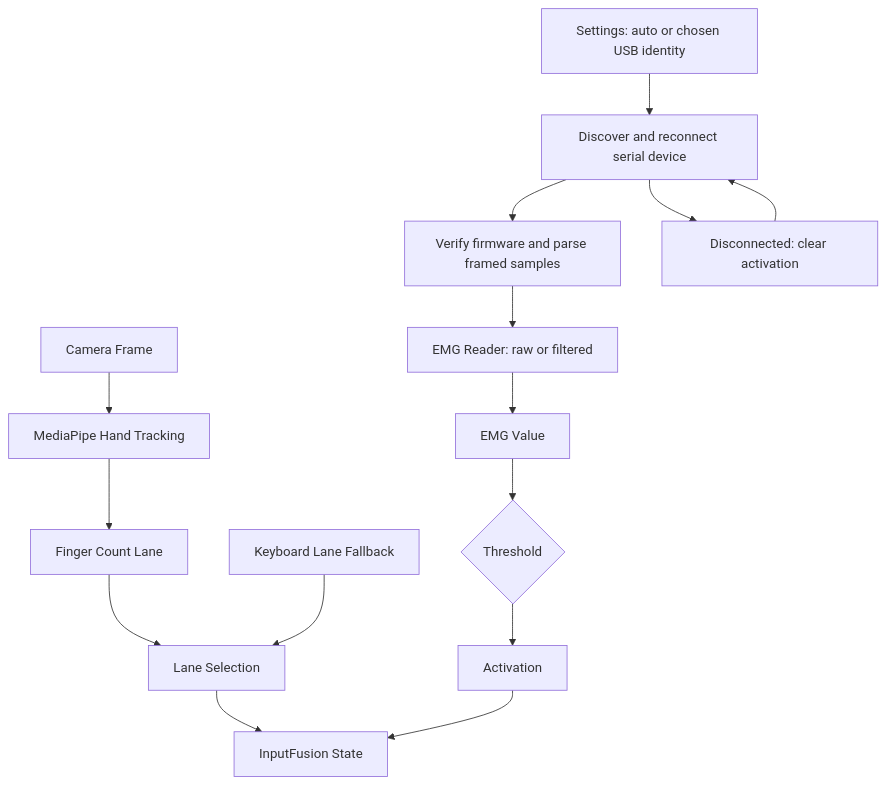
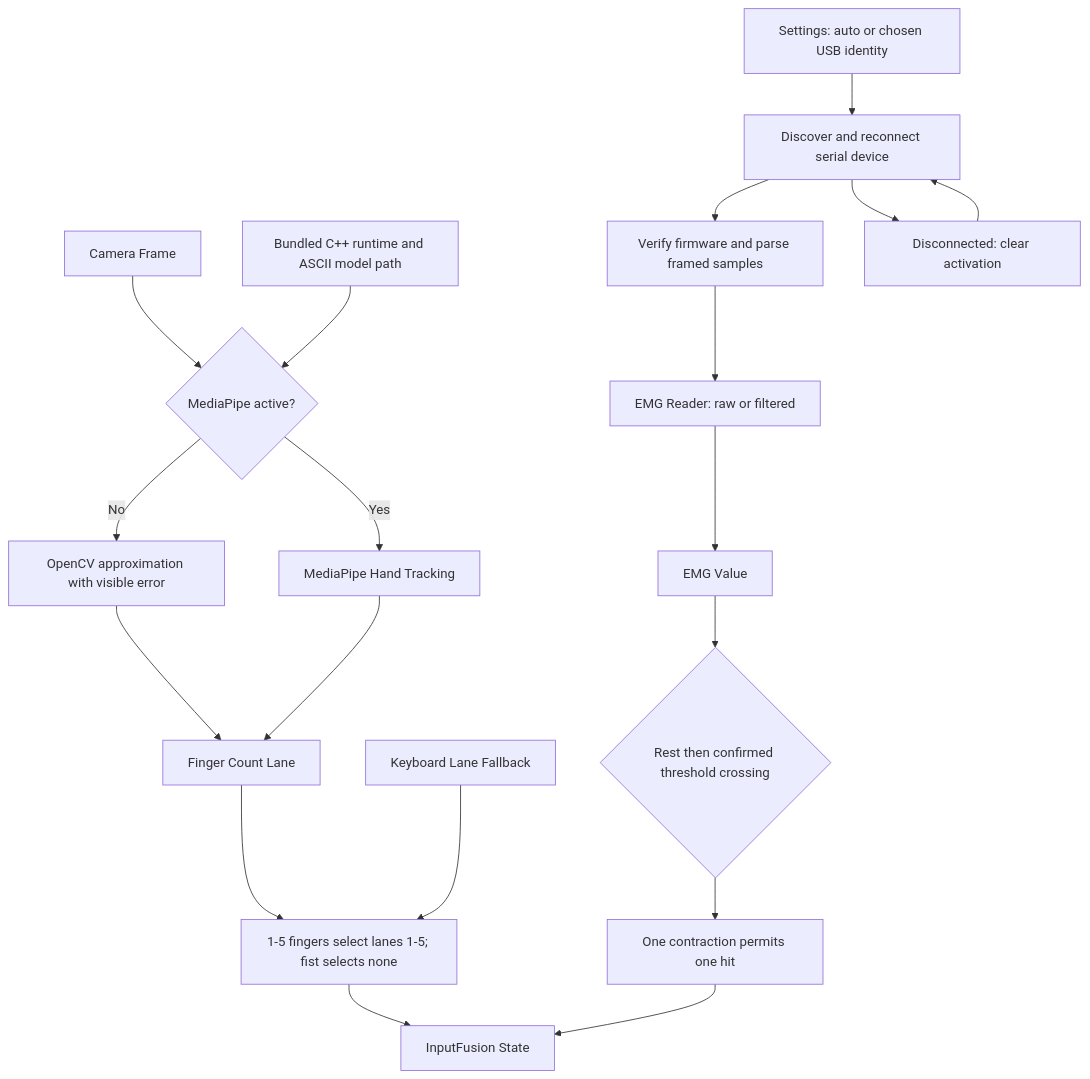
Before and after one commit to didtjr5080/Rythm-Game: the diagram in diagrams/input-flow.md, drawn with Mermaid. The commit also changed 27 other files, not shown here.

Commit message:
Fix phantom EMG hits and add five finger-count lanes with portable MediaPipe runtime

````diff
--- a/diagrams/input-flow.md
+++ b/diagrams/input-flow.md
@@ -3,17 +3,21 @@
 ```mermaid
 graph TD
-    A[Camera Frame] --> B[MediaPipe Hand Tracking]
+    A[Camera Frame] --> M{MediaPipe active?}
+    RUNTIME[Bundled C++ runtime and ASCII model path] --> M
+    M -- Yes --> B[MediaPipe Hand Tracking]
+    M -- No --> FALLBACK[OpenCV approximation with visible error]
+    FALLBACK --> C
     B --> C[Finger Count Lane]
-    C --> D[Lane Selection]
+    C --> D[1-5 fingers select lanes 1-5; fist selects none]
     E[Keyboard Lane Fallback] --> D
     P[Settings: auto or chosen USB identity] --> Q[Discover and reconnect serial device]
     Q --> R[Verify firmware and parse framed samples]
     R --> F[EMG Reader: raw or filtered]
     F --> G[EMG Value]
     Q --> S[Disconnected: clear activation]
     S --> Q
-    G --> H{Threshold}
-    H --> I[Activation]
+    G --> H{Rest then confirmed threshold crossing}
+    H --> I[One contraction permits one hit]
     D --> J[InputFusion State]
     I --> J
 ```
````
